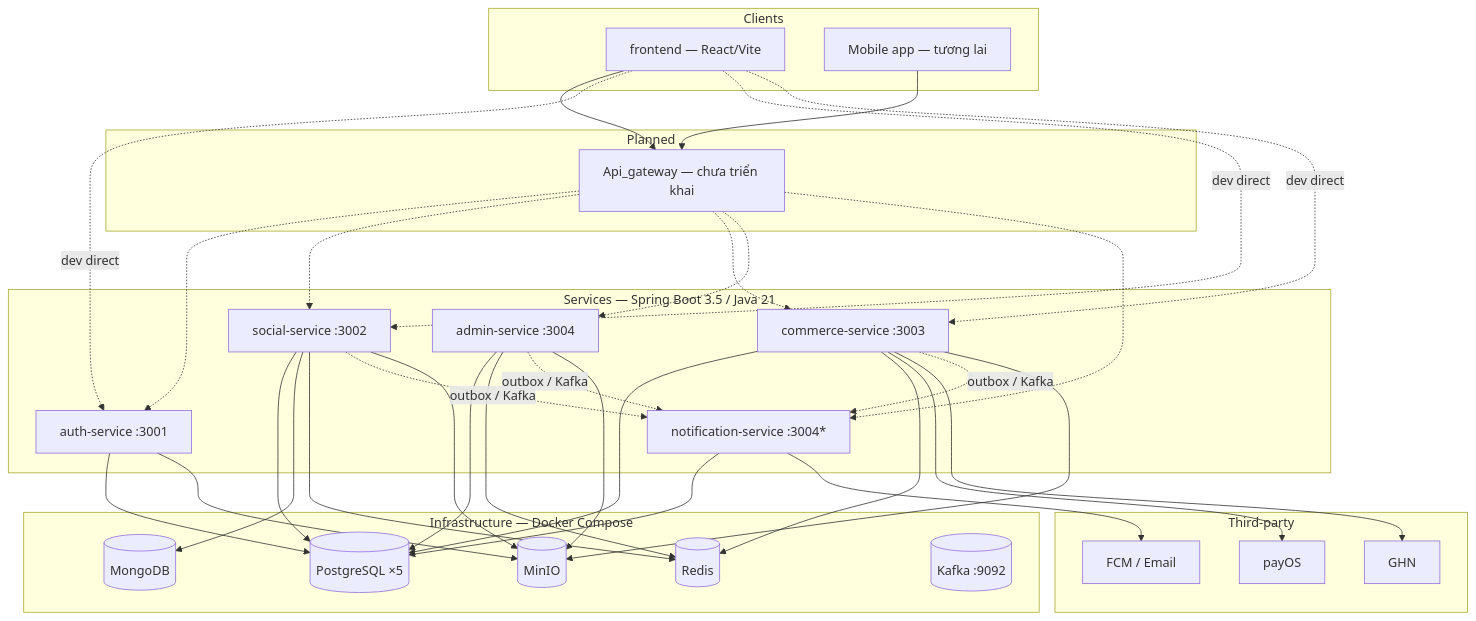
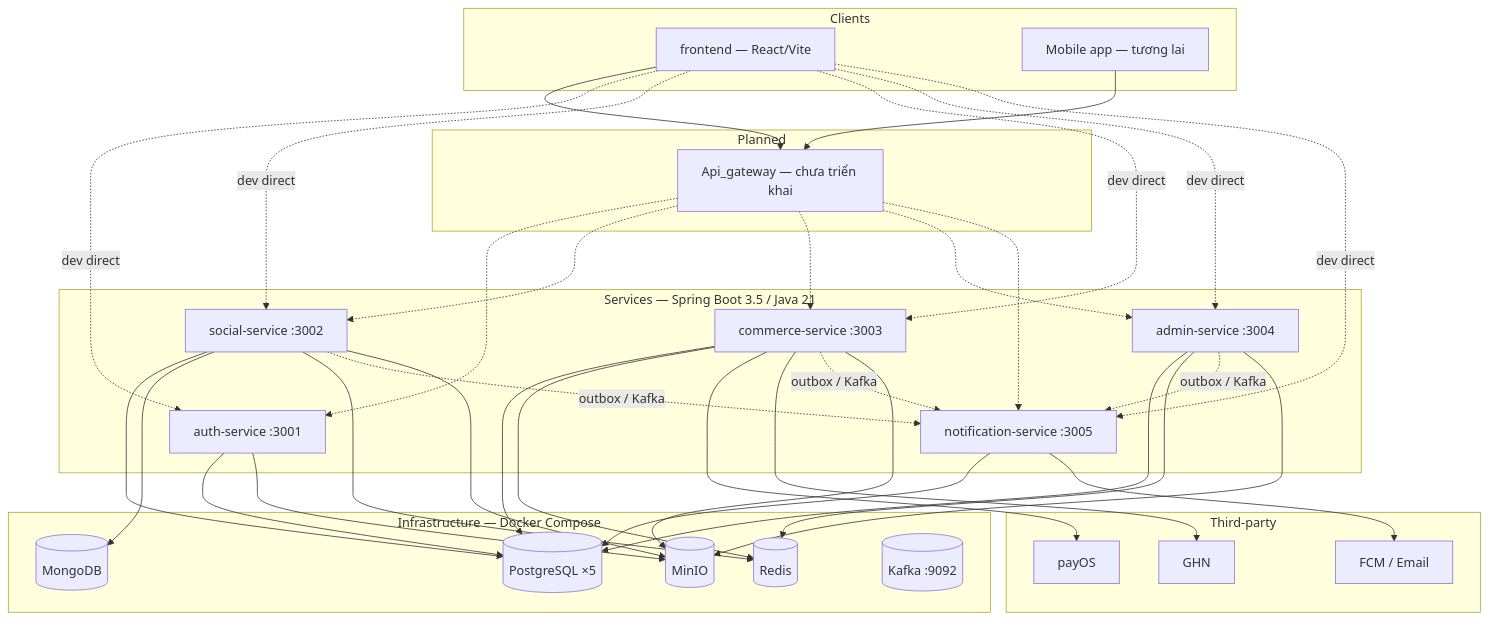
The diagram in README.md (Kietptk2k4/2Hand_Projects), drawn with Mermaid before and after one commit. The commit also changed other lines of this file and 39 other files, not shown here.

````diff
--- a/README.md
+++ b/README.md
@@ -13,51 +13,51 @@
 ```mermaid
 flowchart TB
   subgraph clients [Clients]
     Web[frontend — React/Vite]
     Mobile[Mobile app — tương lai]
   end
 
   subgraph gateway [Planned]
     GW[Api_gateway — chưa triển khai]
   end
 
   subgraph services [Services — Spring Boot 3.5 / Java 21]
     Auth[auth-service :3001]
     Social[social-service :3002]
     Commerce[commerce-service :3003]
     Admin[admin-service :3004]
-    Notif[notification-service :3004*]
+    Notif[notification-service :3005]
   end
 
   subgraph infra [Infrastructure — Docker Compose]
     PG[(PostgreSQL ×5)]
     Mongo[(MongoDB)]
     Redis[(Redis)]
     MinIO[(MinIO)]
     Kafka[(Kafka :9092)]
   end
 
   subgraph external [Third-party]
     PayOS[payOS]
     GHN[GHN]
     FCM[FCM / Email]
   end
 
   Web --> GW
   Mobile --> GW
   GW -.-> Auth & Social & Commerce & Admin & Notif
-  Web -. dev direct .-> Auth & Social & Commerce
+  Web -. dev direct .-> Auth & Social & Commerce & Admin & Notif
 
   Auth --> PG
   Social --> PG & Mongo & Redis
   Commerce --> PG & Redis
   Admin --> PG & Redis
   Notif --> PG
 
   Commerce --> PayOS & GHN
   Notif --> FCM
   Social & Commerce & Admin -. outbox / Kafka .-> Notif
 
   Auth & Admin & Commerce --> MinIO
   Social --> MinIO
 ```
````
